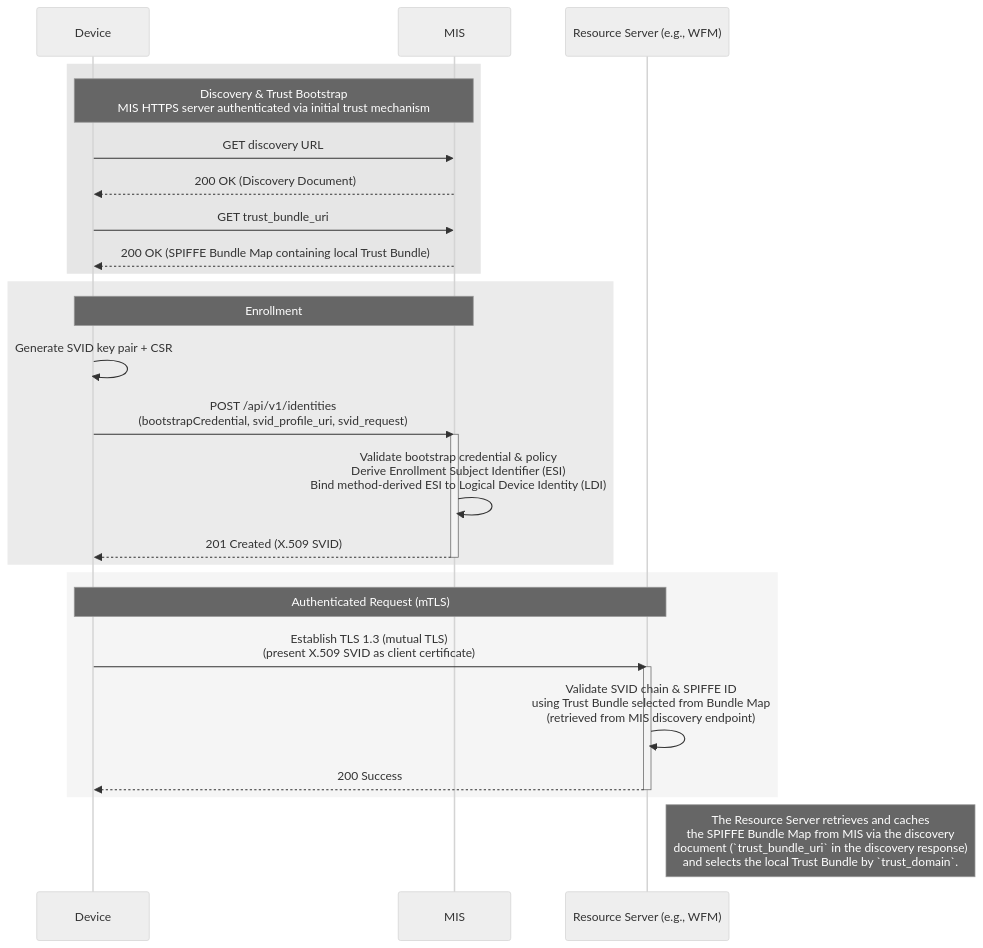
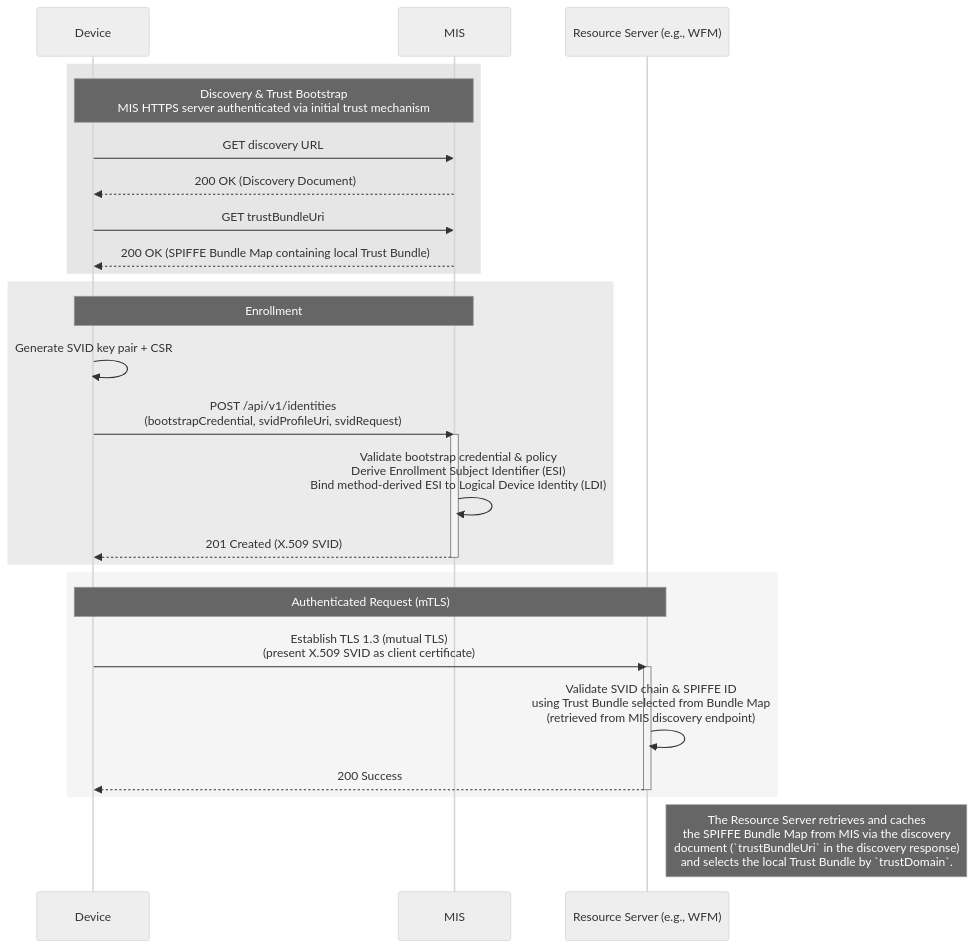
The first of 3 diagrams in proposals/margo-identity-and-authorization-framework.md (margo/specification-enhancements), drawn with Mermaid (neutral theme) before and after one commit. The commit also changed other lines of this file and 43 other files, not shown here.

````diff
--- a/proposals/margo-identity-and-authorization-framework.md
+++ b/proposals/margo-identity-and-authorization-framework.md
@@ -1569,35 +724,35 @@
 ```mermaid
 sequenceDiagram
     participant Device
     participant MIS
     participant RS as Resource Server (e.g., WFM)
 
     rect rgb(230,230,230)
     note over Device,MIS: Discovery & Trust Bootstrap<br/>MIS HTTPS server authenticated via initial trust mechanism
         Device->>MIS: GET discovery URL
         MIS-->>Device: 200 OK (Discovery Document)
-        Device->>MIS: GET trust_bundle_uri
+        Device->>MIS: GET trustBundleUri
         MIS-->>Device: 200 OK (SPIFFE Bundle Map containing local Trust Bundle)
     end
 
     rect rgb(235,235,235)
         note over Device,MIS: Enrollment
         Device->>Device: Generate SVID key pair + CSR
-        Device->>MIS: POST /api/v1/identities<br/>(bootstrapCredential, svid_profile_uri, svid_request)
+        Device->>MIS: POST /api/v1/identities<br/>(bootstrapCredential, svidProfileUri, svidRequest)
         activate MIS
       MIS->>MIS: Validate bootstrap credential & policy<br/>Derive Enrollment Subject Identifier (ESI)<br/>Bind method-derived ESI to Logical Device Identity (LDI)
         MIS-->>Device: 201 Created (X.509 SVID)
         deactivate MIS
     end
 
     rect rgb(245,245,245)
         note over Device,RS: Authenticated Request (mTLS)
         Device->>RS: Establish TLS 1.3 (mutual TLS)<br/>(present X.509 SVID as client certificate)
         activate RS
         RS->>RS: Validate SVID chain & SPIFFE ID<br/>using Trust Bundle selected from Bundle Map<br/>(retrieved from MIS discovery endpoint)
         RS-->>Device: 200 Success
         deactivate RS
     end
 
-      note right of RS: The Resource Server retrieves and caches<br/>the SPIFFE Bundle Map from MIS via the discovery<br/>document (`trust_bundle_uri` in the discovery response)<br/>and selects the local Trust Bundle by `trust_domain`.
+      note right of RS: The Resource Server retrieves and caches<br/>the SPIFFE Bundle Map from MIS via the discovery<br/>document (`trustBundleUri` in the discovery response)<br/>and selects the local Trust Bundle by `trustDomain`.
 ```
````
